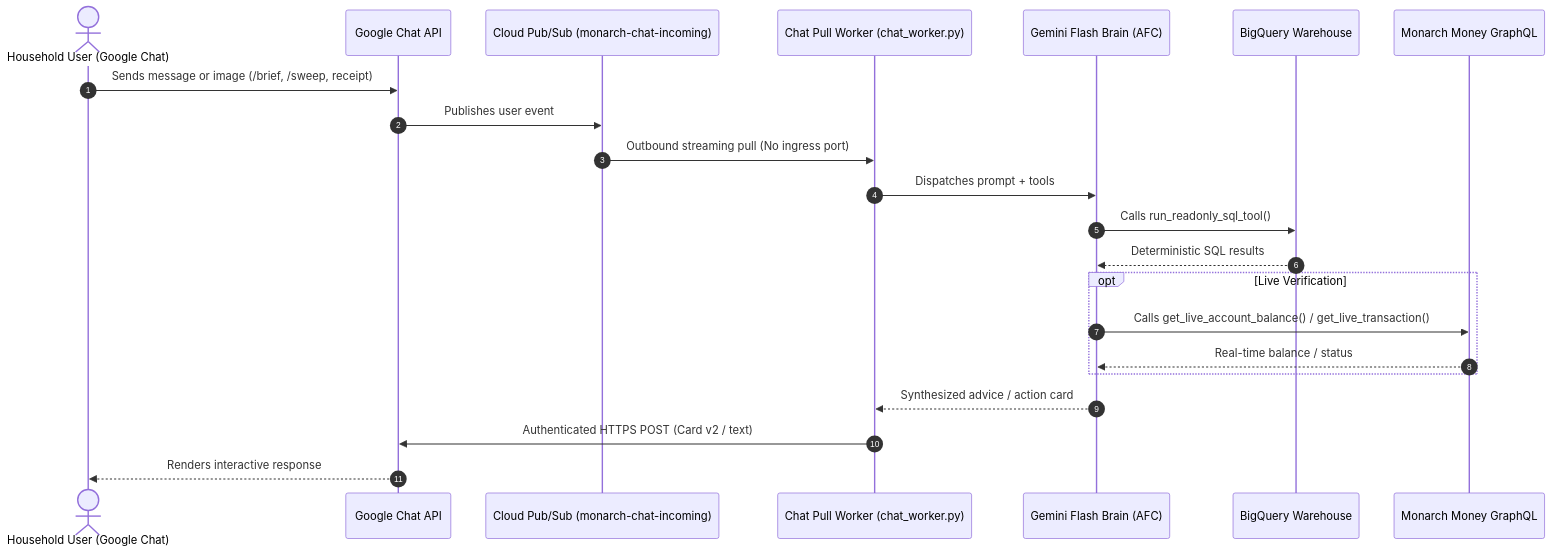
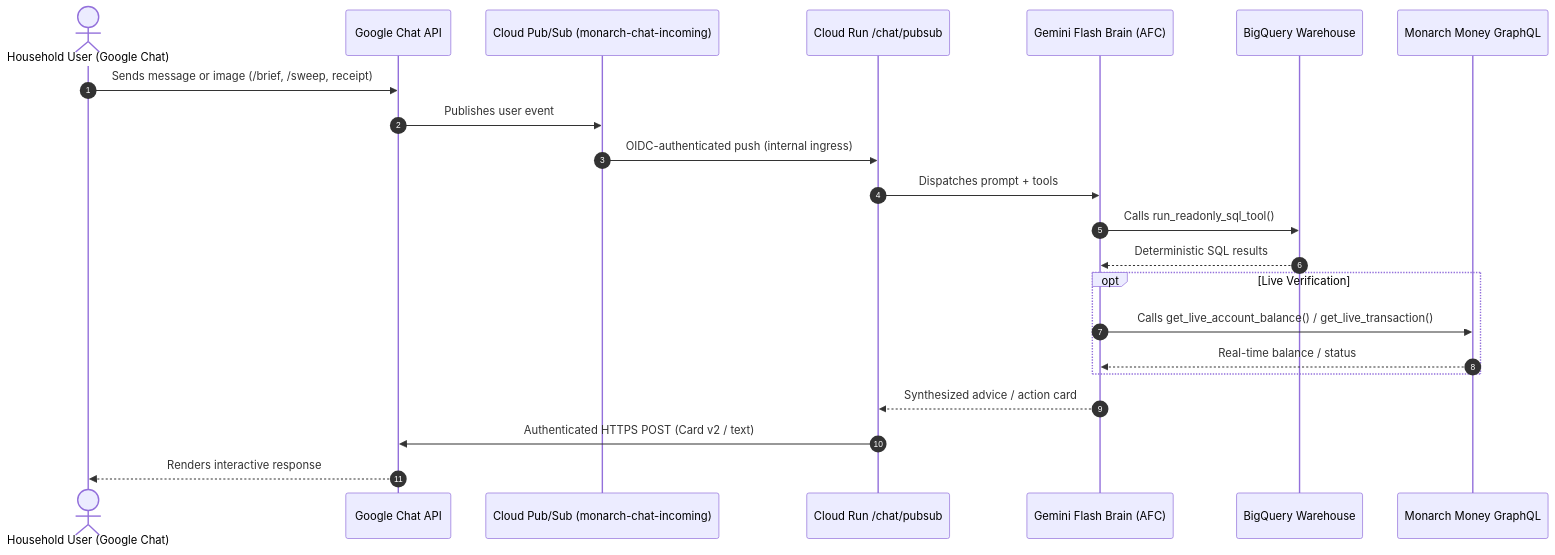
The diagram in docs/chat-advisor.md (n0012/family-financial-intelligence-hub), drawn with Mermaid before and after one commit. The commit also changed other lines of this file and 2 other files, not shown here.

First line of the commit message:
docs: describe Pub/Sub push delivery and scale-to-zero deployment

````diff
--- a/docs/chat-advisor.md
+++ b/docs/chat-advisor.md
@@ -11,25 +11,25 @@
 ```mermaid
 sequenceDiagram
     autonumber
     actor User as Household User (Google Chat)
     participant ChatAPI as Google Chat API
     participant PubSub as Cloud Pub/Sub (monarch-chat-incoming)
-    participant Worker as Chat Pull Worker (chat_worker.py)
+    participant Worker as Cloud Run /chat/pubsub
     participant Gemini as Gemini Flash Brain (AFC)
     participant BQ as BigQuery Warehouse
     participant Monarch as Monarch Money GraphQL
 
     User->>ChatAPI: Sends message or image (/brief, /sweep, receipt)
     ChatAPI->>PubSub: Publishes user event
-    PubSub->>Worker: Outbound streaming pull (No ingress port)
+    PubSub->>Worker: OIDC-authenticated push (internal ingress)
     Worker->>Gemini: Dispatches prompt + tools
     Gemini->>BQ: Calls run_readonly_sql_tool()
     BQ-->>Gemini: Deterministic SQL results
     opt Live Verification
         Gemini->>Monarch: Calls get_live_account_balance() / get_live_transaction()
         Monarch-->>Gemini: Real-time balance / status
     end
     Gemini-->>Worker: Synthesized advice / action card
     Worker->>ChatAPI: Authenticated HTTPS POST (Card v2 / text)
     ChatAPI-->>User: Renders interactive response
 ```
````
